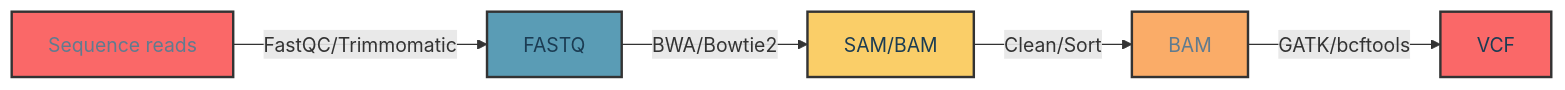
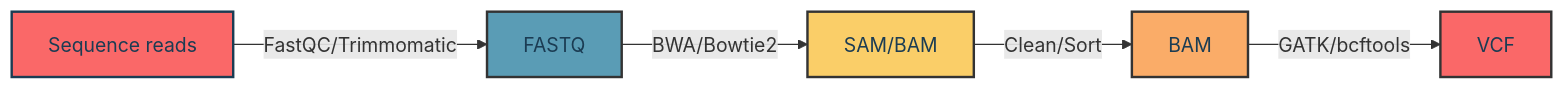
One commit to ColonnaLab/LongReadSeqDataAnalysis changed the diagram in lessons/day2-shortread-1.md. Above: the diagram before and after it, drawn with Mermaid.

Commit message:
lesson2 short

`````diff
--- a/lessons/day2-shortread-1.md
+++ b/lessons/day2-shortread-1.md
@@ -5,14 +5,14 @@
 ````mermaid
 graph LR
     A[Sequence reads] -->|FastQC/Trimmomatic| B[FASTQ]
     B -->|BWA/Bowtie2| C[SAM/BAM]
     C -->|Clean/Sort| D[BAM]
     D -->|GATK/bcftools| E[VCF]
     
-    style A fill:#FA6868,stroke:#333,stroke-width:2px,color:#607B8F
+    style A fill:#FA6868,stroke:#1B3C53,stroke-width:2px,color:#1B3C53
     style B fill:#5A9CB5,stroke:#333,stroke-width:2px,color:#1B3C53
     style C fill:#FACE68,stroke:#333,stroke-width:2px,color:#1B3C53
-    style D fill:#FAAC68,stroke:#333,stroke-width:2px,color:#607B8F
+    style D fill:#FAAC68,stroke:#333,stroke-width:2px,color:#1B3C53
     style E fill:#FA6868,stroke:#333,stroke-width:2px,color:#1B3C53
 
 ````
`````
